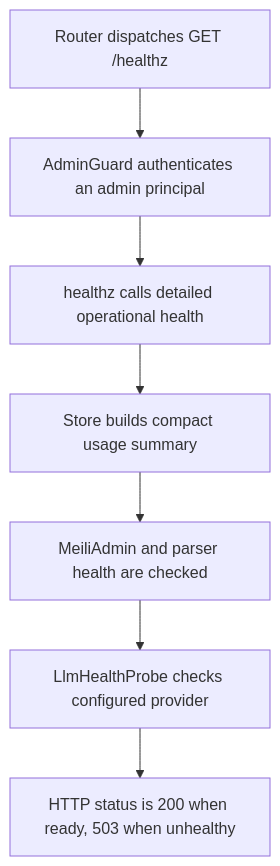
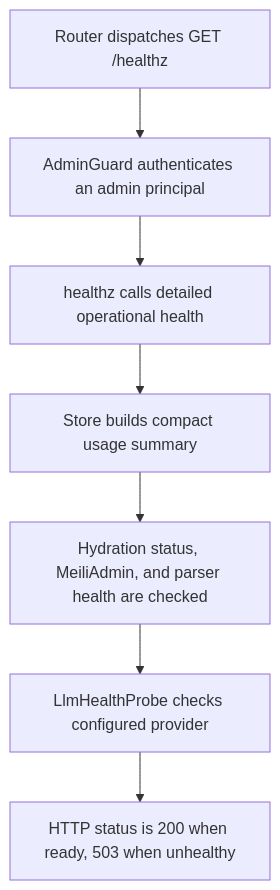
The diagram in doc/api/get_healthz.md (dickwu/nowledge), drawn with Mermaid before and after one commit. The commit also changed other lines of this file and 15 other files, not shown here.

````diff
--- a/doc/api/get_healthz.md
+++ b/doc/api/get_healthz.md
@@ -63,16 +64,16 @@
 ```mermaid
 flowchart TD
   n0["Router dispatches GET /healthz"]
   n1["AdminGuard authenticates an admin principal"]
   n2["healthz calls detailed operational health"]
   n3["Store builds compact usage summary"]
-  n4["MeiliAdmin and parser health are checked"]
+  n4["Hydration status, MeiliAdmin, and parser health are checked"]
   n5["LlmHealthProbe checks configured provider"]
   n6["HTTP status is 200 when ready, 503 when unhealthy"]
   n0 --> n1
   n1 --> n2
   n2 --> n3
   n3 --> n4
   n4 --> n5
   n5 --> n6
 ```
````
